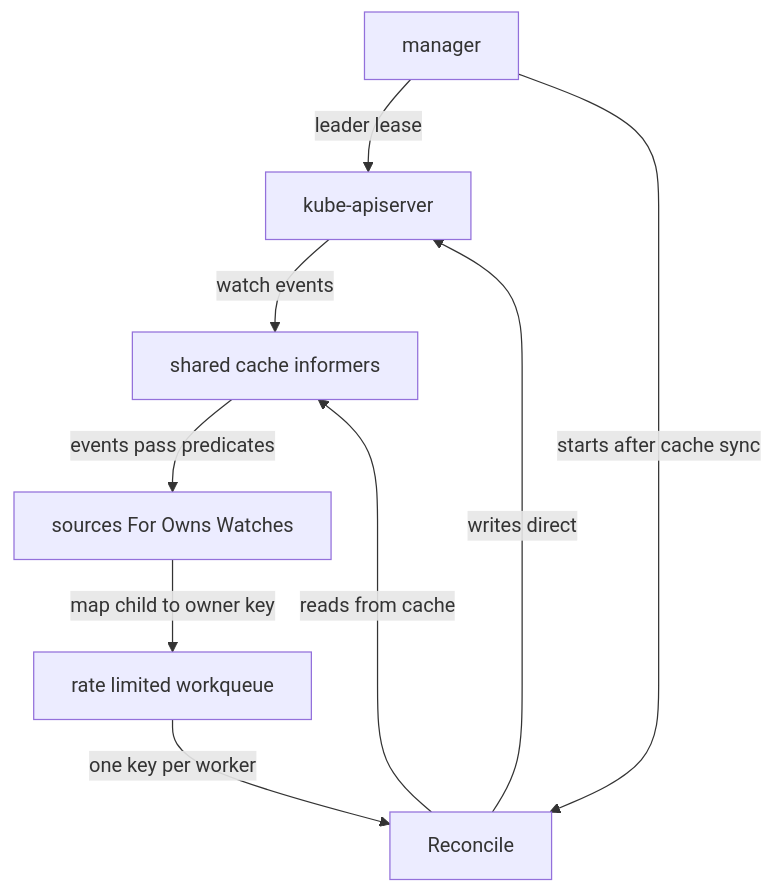
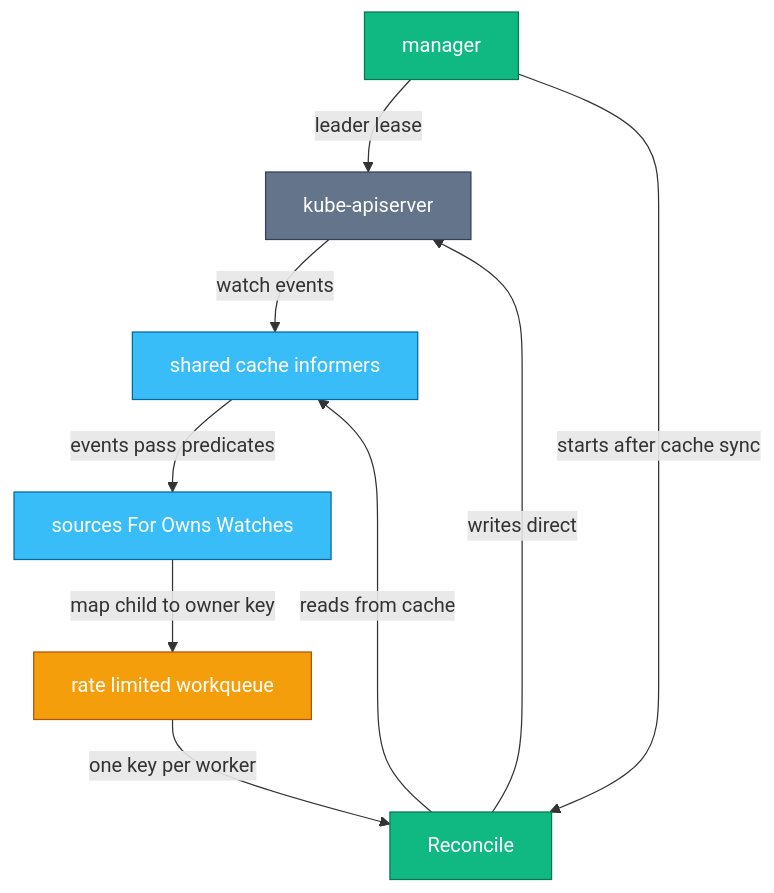
The first of 5 diagrams in chapters/ch06.md (sanketsudake/k8s-worksheet), drawn with Mermaid before and after one commit. The commit also changed other lines of this file, not shown here.

First line of the commit message:
ch06: bring diagrams within the print-size gate

````diff
--- a/chapters/ch06.md
+++ b/chapters/ch06.md
@@ -36,11 +36,20 @@
 ```mermaid
 flowchart TD
   API[kube-apiserver] -->|watch events| Cache[shared cache informers]
   Cache -->|events pass predicates| Src[sources For Owns Watches]
   Src -->|map child to owner key| Queue[rate limited workqueue]
   Queue -->|one key per worker| Rec[Reconcile]
   Rec -->|reads from cache| Cache
   Rec -->|writes direct| API
   Mgr[manager] -->|leader lease| API
   Mgr -->|starts after cache sync| Rec
+
+  classDef external fill:#64748b,stroke:#334155,color:#fff
+  classDef process fill:#38bdf8,stroke:#0369a1,color:#fff
+  classDef lease fill:#f59e0b,stroke:#b45309,color:#fff
+  classDef leader fill:#10b981,stroke:#047857,color:#fff
+  class API external
+  class Cache,Src process
+  class Queue lease
+  class Rec,Mgr leader
 ```
````
